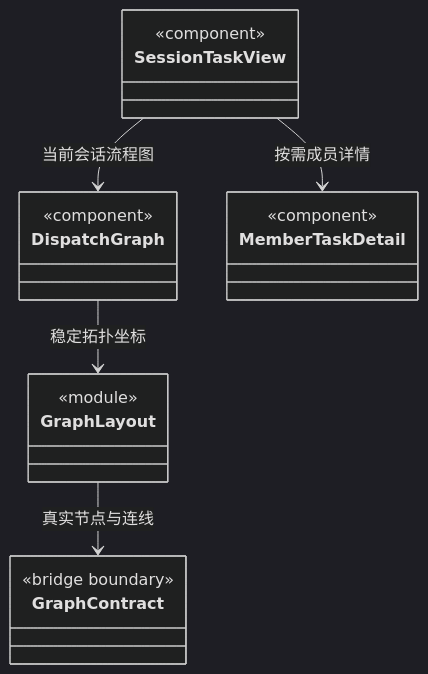
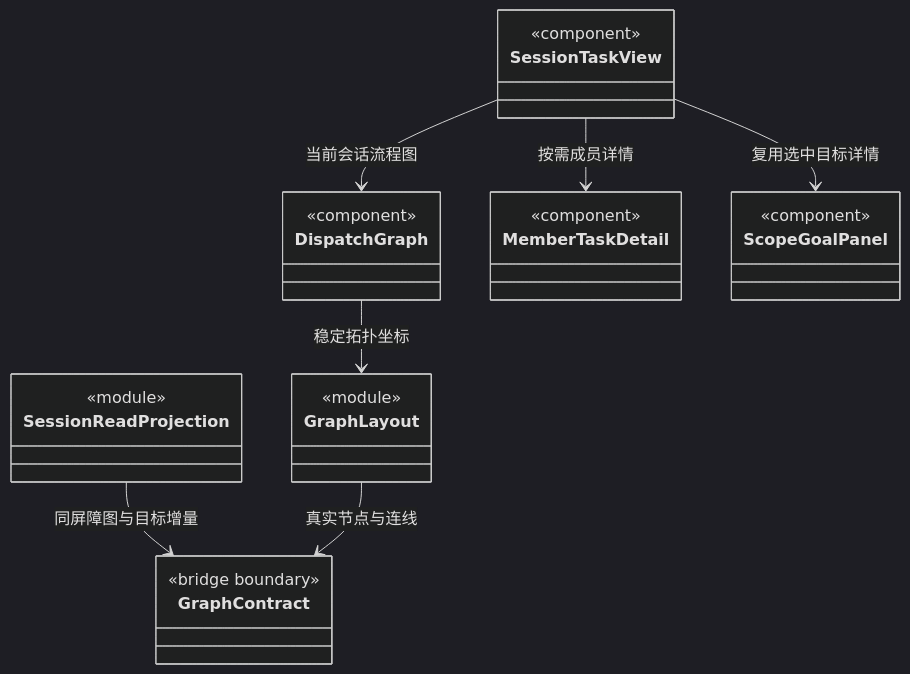
The diagram in src/frontend/tasks/CONTRACT.md (nan023062/cbim), drawn with Mermaid (dark theme) before and after one commit. The commit also changed other lines of this file and 47 other files, not shown here.

````diff
--- a/src/frontend/tasks/CONTRACT.md
+++ b/src/frontend/tasks/CONTRACT.md
@@ -55,12 +60,16 @@
 ```mermaid
 classDiagram
 class SessionTaskView { <<component>> }
 class DispatchGraph { <<component>> }
 class GraphLayout { <<module>> }
 class MemberTaskDetail { <<component>> }
+class ScopeGoalPanel { <<component>> }
+class SessionReadProjection { <<module>> }
 class GraphContract { <<bridge boundary>> }
 SessionTaskView --> DispatchGraph : 当前会话流程图
 SessionTaskView --> MemberTaskDetail : 按需成员详情
+SessionTaskView --> ScopeGoalPanel : 复用选中目标详情
+SessionReadProjection --> GraphContract : 同屏障图与目标增量
 DispatchGraph --> GraphLayout : 稳定拓扑坐标
 GraphLayout --> GraphContract : 真实节点与连线
 ```
````
